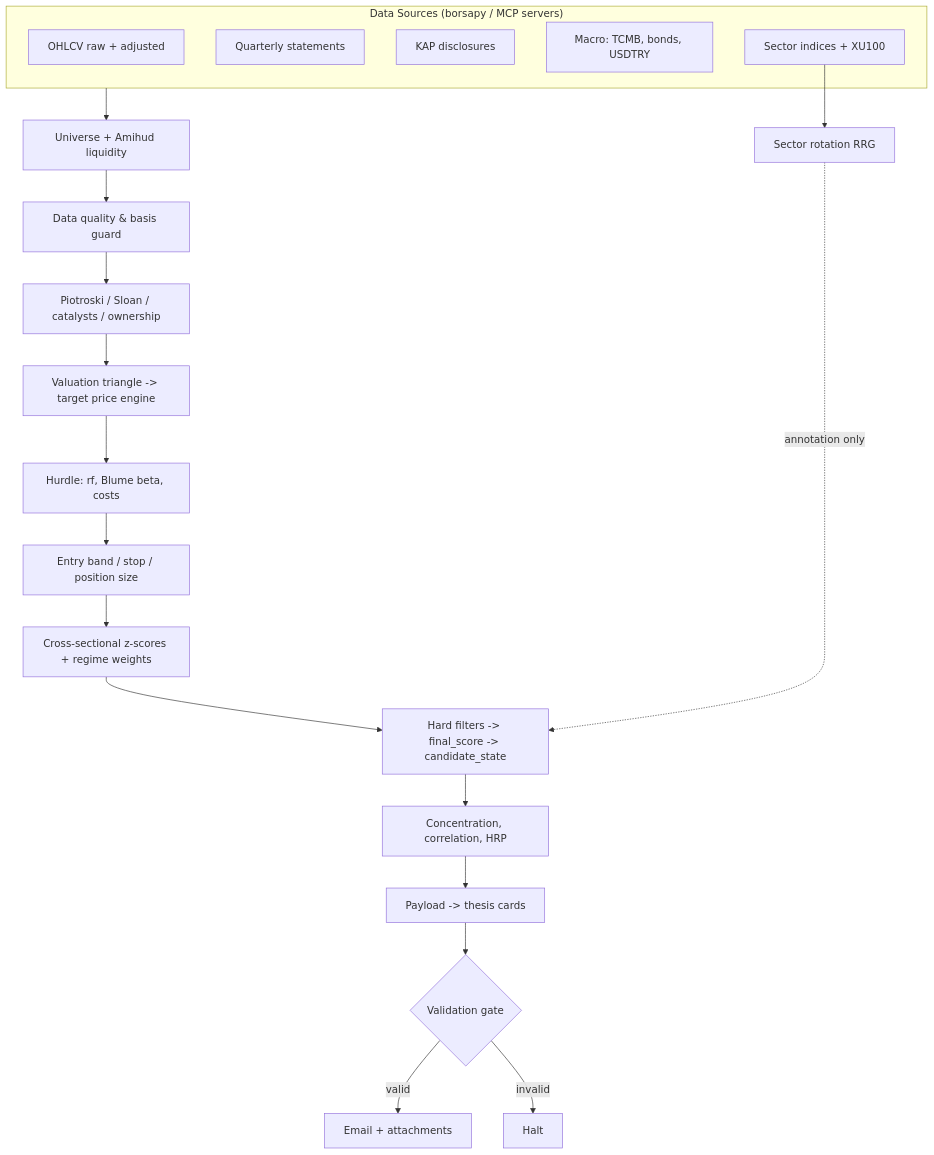
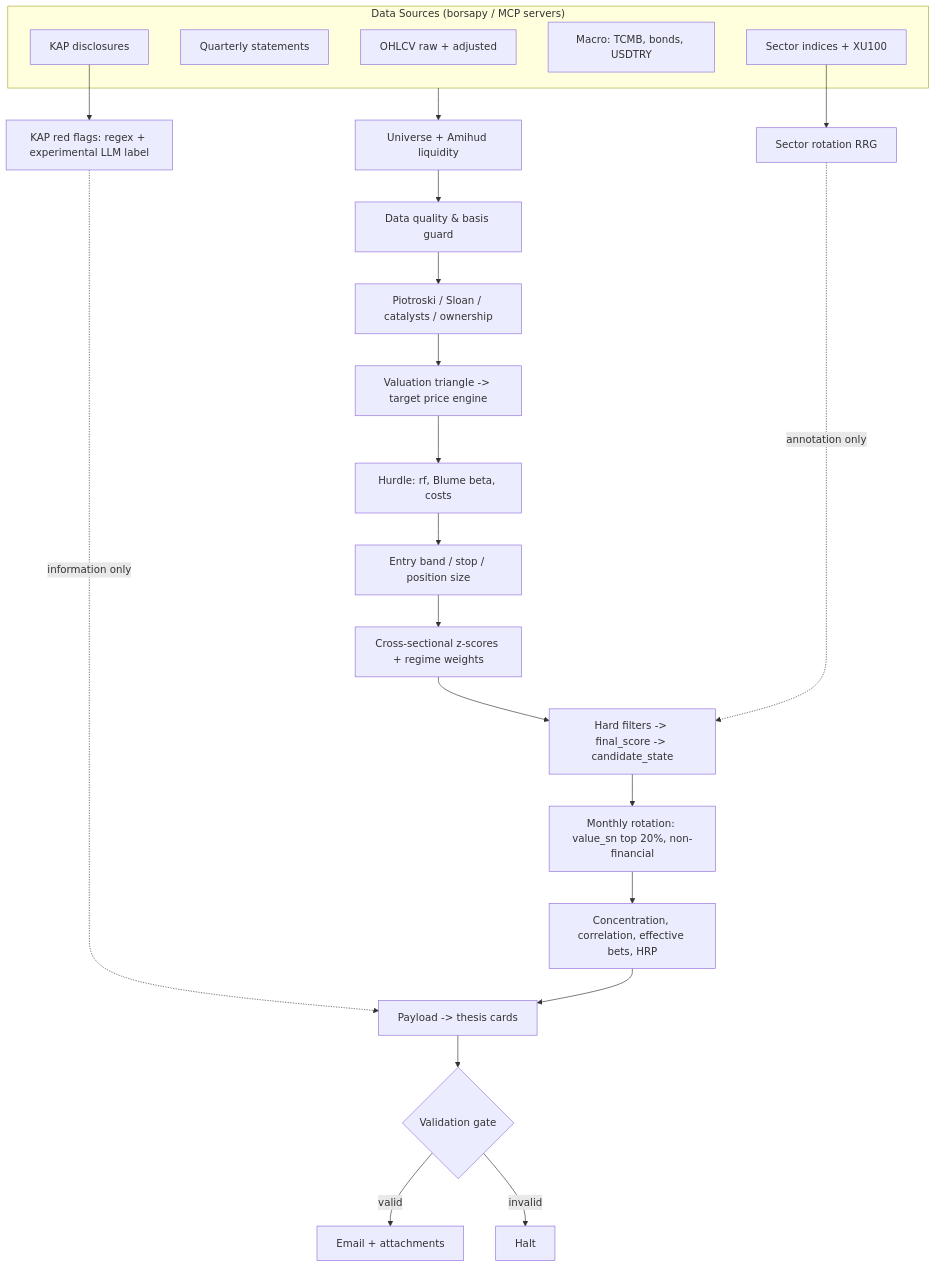
The first of 3 diagrams in README.md (erenkbgc/bist-screener-v9), drawn with Mermaid before and after one commit. The commit also changed other lines of this file, not shown here.

First line of the commit message:
docs(readme): canli kural, on-kayitli arastirma, KAP katmani ve guncel durum

````diff
--- a/README.md
+++ b/README.md
@@ -93,26 +98,29 @@
 ```mermaid
 flowchart TD
     subgraph SRC["Data Sources (borsapy / MCP servers)"]
         A1[OHLCV raw + adjusted]
         A2[Quarterly statements]
         A3[KAP disclosures]
         A4[Macro: TCMB, bonds, USDTRY]
         A5[Sector indices + XU100]
     end
 
     SRC --> B[Universe + Amihud liquidity]
     B --> C[Data quality & basis guard]
     C --> D[Piotroski / Sloan / catalysts / ownership]
     D --> E[Valuation triangle -> target price engine]
     E --> F[Hurdle: rf, Blume beta, costs]
     F --> G[Entry band / stop / position size]
     G --> H[Cross-sectional z-scores + regime weights]
     H --> I[Hard filters -> final_score -> candidate_state]
-    I --> J[Concentration, correlation, HRP]
+    I --> R[Monthly rotation: value_sn top 20%, non-financial]
+    R --> J[Concentration, correlation, effective bets, HRP]
+    A3 --> KR[KAP red flags: regex + experimental LLM label]
+    KR -. information only .-> L
     A5 --> K[Sector rotation RRG]
     K -. annotation only .-> I
     J --> L[Payload -> thesis cards]
     L --> M{Validation gate}
     M -- valid --> N[Email + attachments]
     M -- invalid --> O[Halt]
 ```
````
